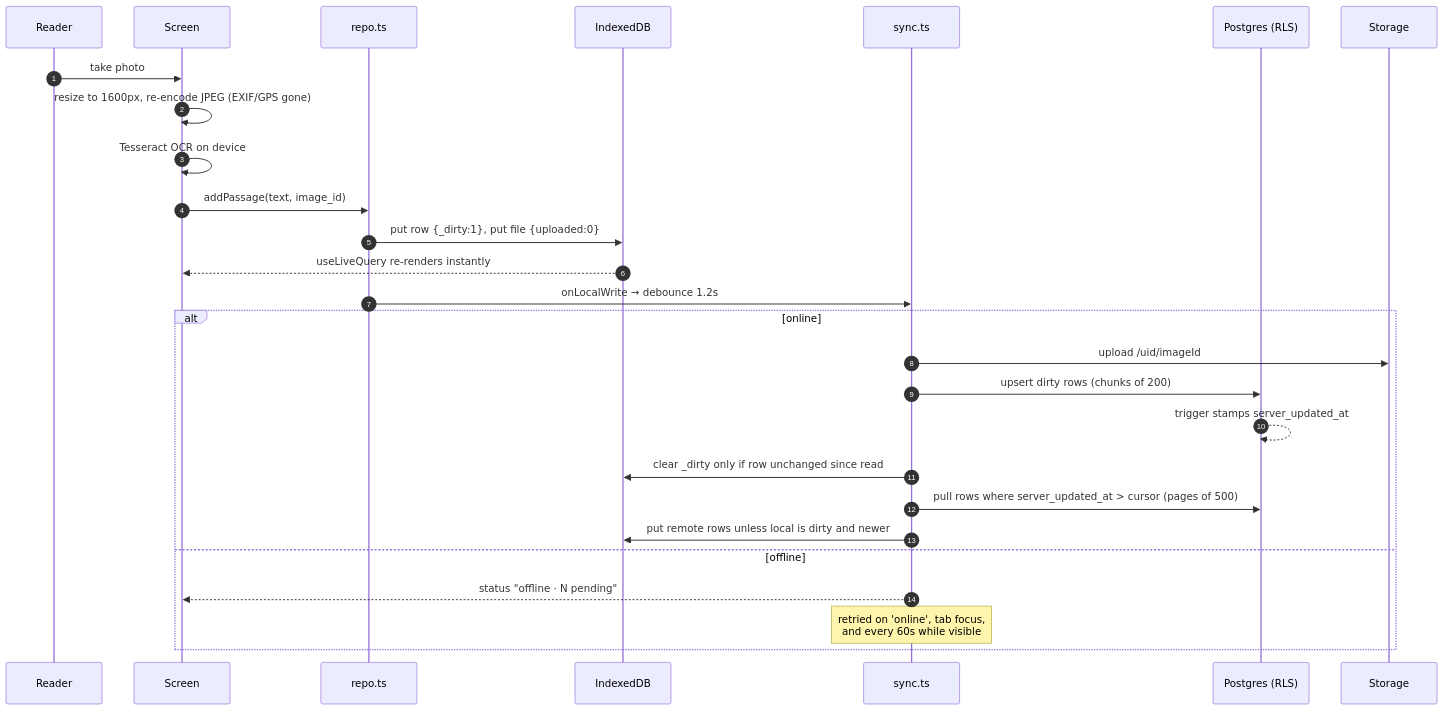
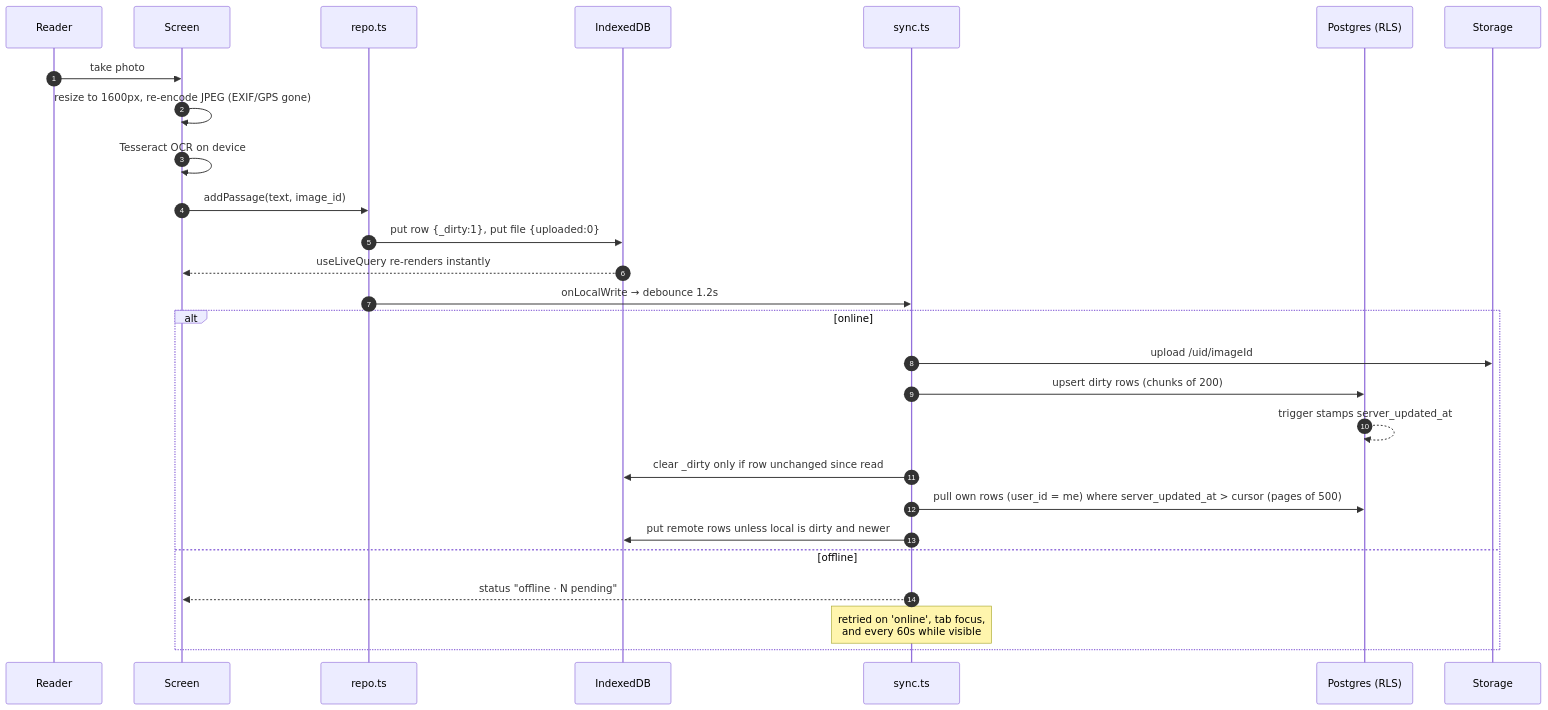
The third of 8 diagrams in ARCHITECTURE.md (QuratFatima906/endpaper), drawn with Mermaid before and after one commit. The commit also changed other lines of this file and 4 other files, not shown here.

First line of the commit message:
Sync: pull only the signed-in user's rows and drop other users' rows already on the device

````diff
--- a/ARCHITECTURE.md
+++ b/ARCHITECTURE.md
@@ -116,30 +116,30 @@
 ```mermaid
 sequenceDiagram
   autonumber
   participant U as Reader
   participant UI as Screen
   participant R as repo.ts
   participant D as IndexedDB
   participant S as sync.ts
   participant P as Postgres (RLS)
   participant ST as Storage
 
   U->>UI: take photo
   UI->>UI: resize to 1600px, re-encode JPEG (EXIF/GPS gone)
   UI->>UI: Tesseract OCR on device
   UI->>R: addPassage(text, image_id)
   R->>D: put row {_dirty:1}, put file {uploaded:0}
   D-->>UI: useLiveQuery re-renders instantly
   R->>S: onLocalWrite → debounce 1.2s
   alt online
     S->>ST: upload /uid/imageId
     S->>P: upsert dirty rows (chunks of 200)
     P-->>P: trigger stamps server_updated_at
     S->>D: clear _dirty only if row unchanged since read
-    S->>P: pull rows where server_updated_at > cursor (pages of 500)
+    S->>P: pull own rows (user_id = me) where server_updated_at > cursor (pages of 500)
     S->>D: put remote rows unless local is dirty and newer
   else offline
     S-->>UI: status "offline · N pending"
     Note over S: retried on 'online', tab focus,<br/>and every 60s while visible
   end
 ```
````
